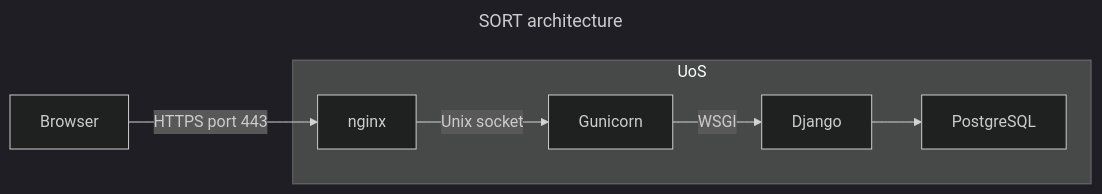
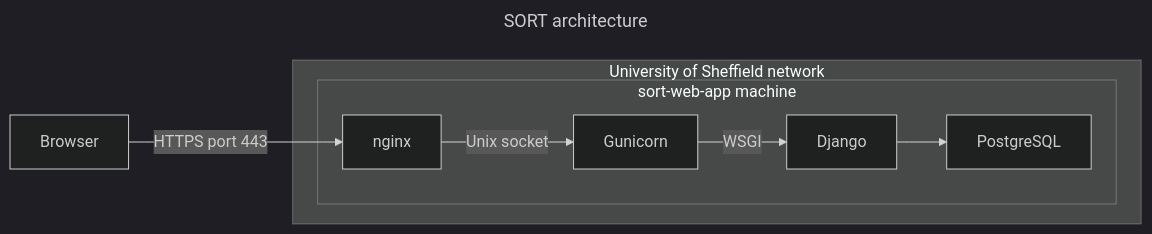
The diagram in docs/deployment.md (RSE-Sheffield/SORT), drawn with Mermaid (dark theme) before and after one commit. The commit also changed other lines of this file and 1 other file, not shown here.

````diff
--- a/docs/deployment.md
+++ b/docs/deployment.md
@@ -7,12 +7,14 @@
 ```mermaid
 ---
 title: SORT architecture
 ---
 flowchart LR
 Browser -- "HTTPS port 443" --> nginx
-subgraph UoS
-nginx -- "Unix socket" --> Gunicorn
-Gunicorn -- "WSGI" --> Django
-Django --> PostgreSQL
+subgraph University of Sheffield network
+    subgraph sort-web-app machine
+    nginx -- "Unix socket" --> Gunicorn
+    Gunicorn -- "WSGI" --> Django
+    Django --> PostgreSQL
+    end
 end
 ```
````
